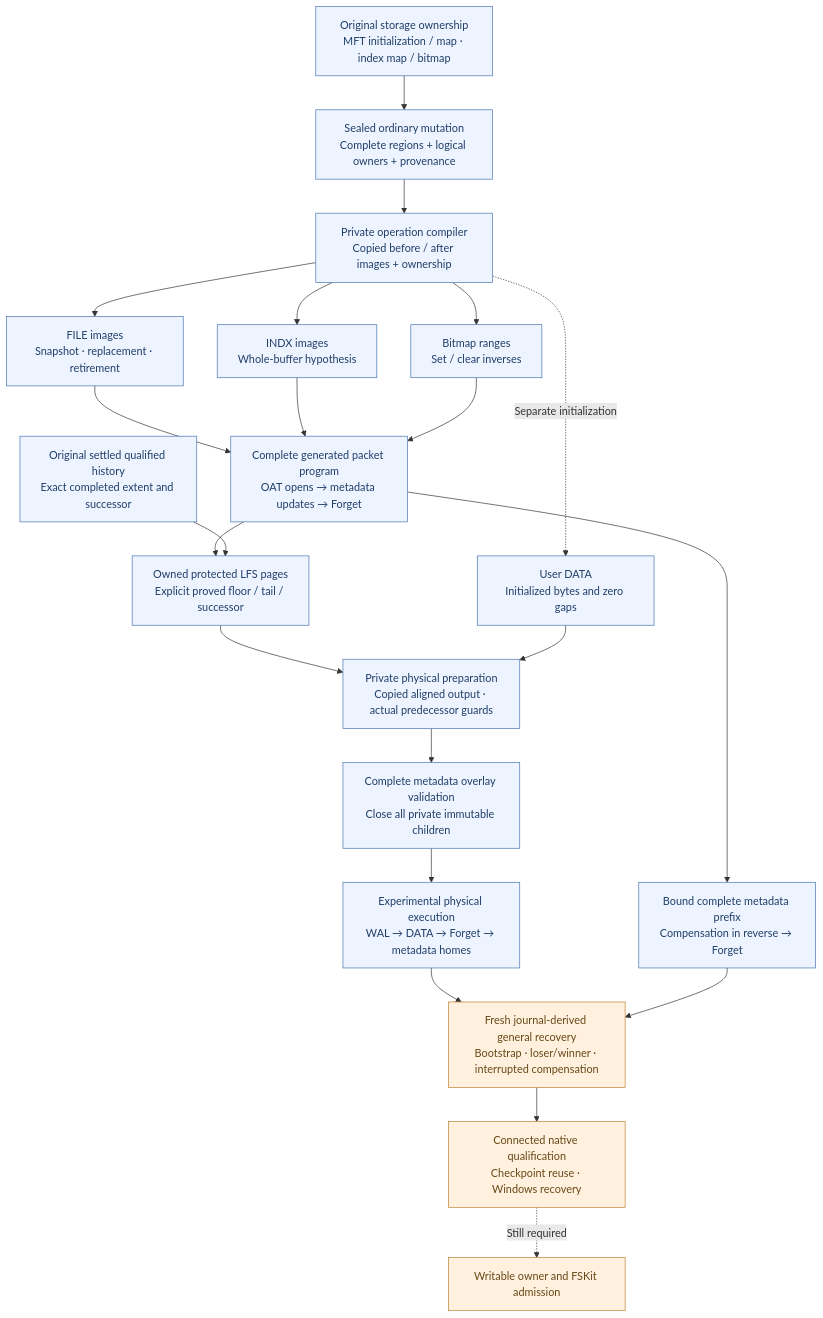
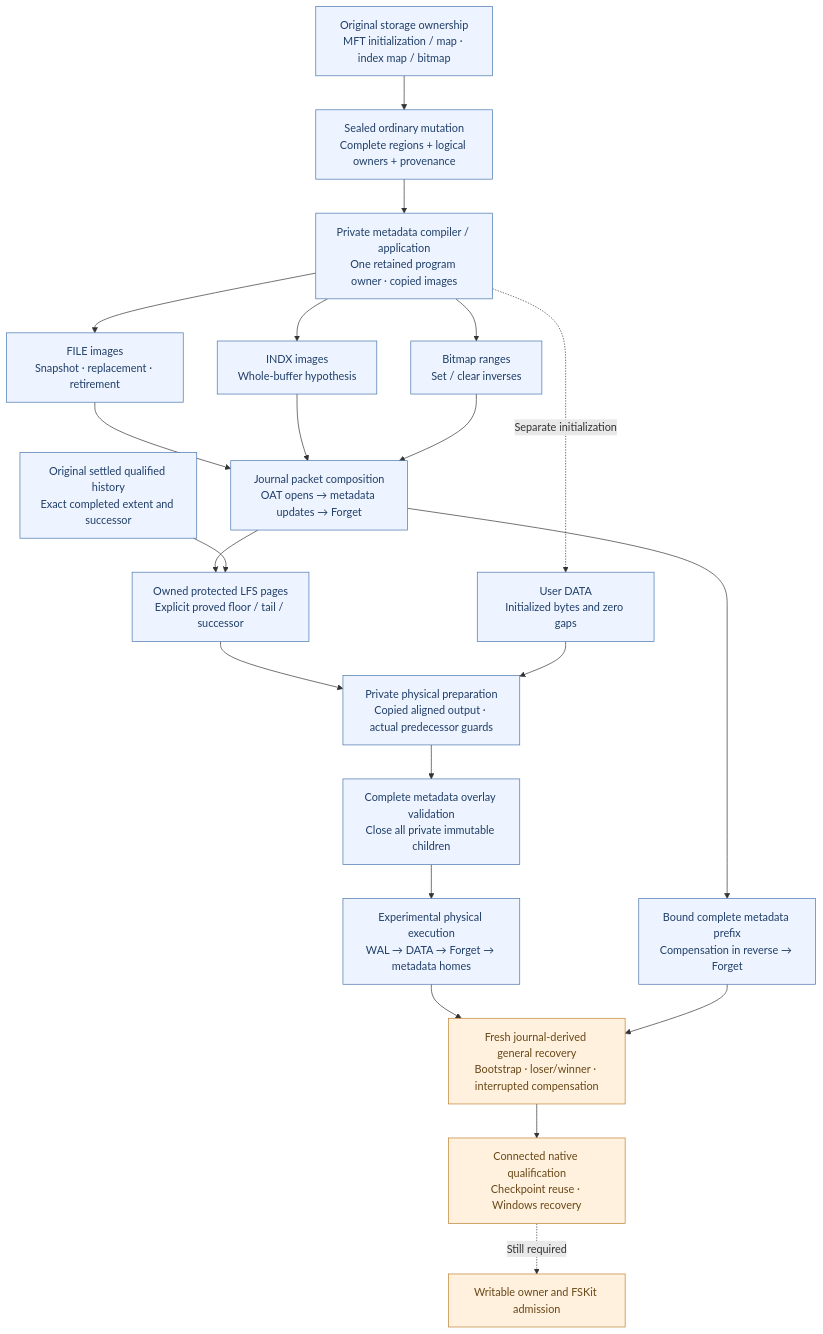
Before and after one commit to machlin-project/ntfs: the diagram in docs/format/diagrams/mutation-program.mmd, drawn with Mermaid. The commit also changed 39 other files, not shown here.

Commit message:
Separate writer contracts and journal packet composition

```diff
--- a/docs/format/diagrams/mutation-program.mmd
+++ b/docs/format/diagrams/mutation-program.mmd
@@ -1,25 +1,25 @@
 flowchart TB
     O["Original storage ownership\nMFT initialization / map · index map / bitmap"] --> S["Sealed ordinary mutation\nComplete regions + logical owners + provenance"]
-    S --> C["Private operation compiler\nCopied before / after images + ownership"]
+    S --> C["Private metadata compiler / application\nOne retained program owner · copied images"]
     C --> F["FILE images\nSnapshot · replacement · retirement"]
     C --> I["INDX images\nWhole-buffer hypothesis"]
     C --> B["Bitmap ranges\nSet / clear inverses"]
-    F --> P["Complete generated packet program\nOAT opens → metadata updates → Forget"]
+    F --> P["Journal packet composition\nOAT opens → metadata updates → Forget"]
     I --> P
     B --> P
     P --> J["Owned protected LFS pages\nExplicit proved floor / tail / successor"]
     H["Original settled qualified history\nExact completed extent and successor"] --> J
     P --> U["Bound complete metadata prefix\nCompensation in reverse → Forget"]
     J --> E["Private physical preparation\nCopied aligned output · actual predecessor guards"]
     C -. "Separate initialization" .-> D["User DATA\nInitialized bytes and zero gaps"]
     D --> E
     E --> V["Complete metadata overlay validation\nClose all private immutable children"]
     V --> X["Experimental physical execution\nWAL → DATA → Forget → metadata homes"]
     X --> R["Fresh journal-derived general recovery\nBootstrap · loser/winner · interrupted compensation"]
     U --> R
     R --> G["Connected native qualification\nCheckpoint reuse · Windows recovery"]
     G -. "Still required" .-> A["Writable owner and FSKit admission"]
     classDef private fill:#edf4ff,stroke:#4774af,color:#203e68
     classDef gate fill:#fff1dd,stroke:#bd8130,color:#684718
     class O,S,C,F,I,B,P,J,U,D,H,E,V,X private
     class R,G,A gate
```
